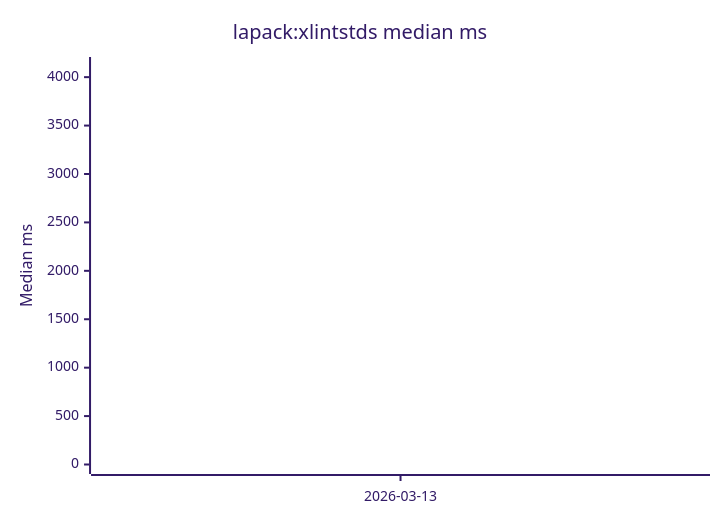
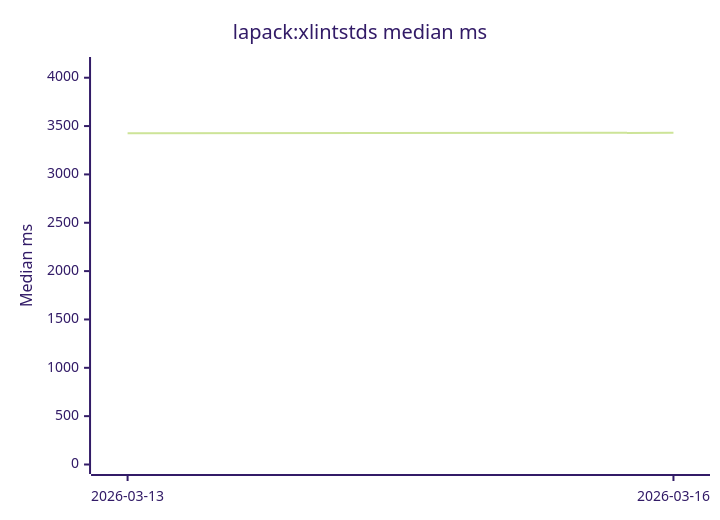
One commit to NeoZedAtlas/Col6Forge changed the second of 2 diagrams in PERFORMANCE.md. Above: the diagram before and after it, drawn with Mermaid (forest theme). The commit also changed other lines of this file and 2 other files, not shown here.

````diff
--- a/PERFORMANCE.md
+++ b/PERFORMANCE.md
@@ -30,7 +30,7 @@
 ```mermaid
 xychart-beta
     title "lapack:xlintstds median ms"
-    x-axis ["2026-03-13"]
-    y-axis "Median ms" 0 --> 4110
-    line [3425]
+    x-axis ["2026-03-13", "2026-03-16"]
+    y-axis "Median ms" 0 --> 4116
+    line [3425, 3430]
 ```
````
